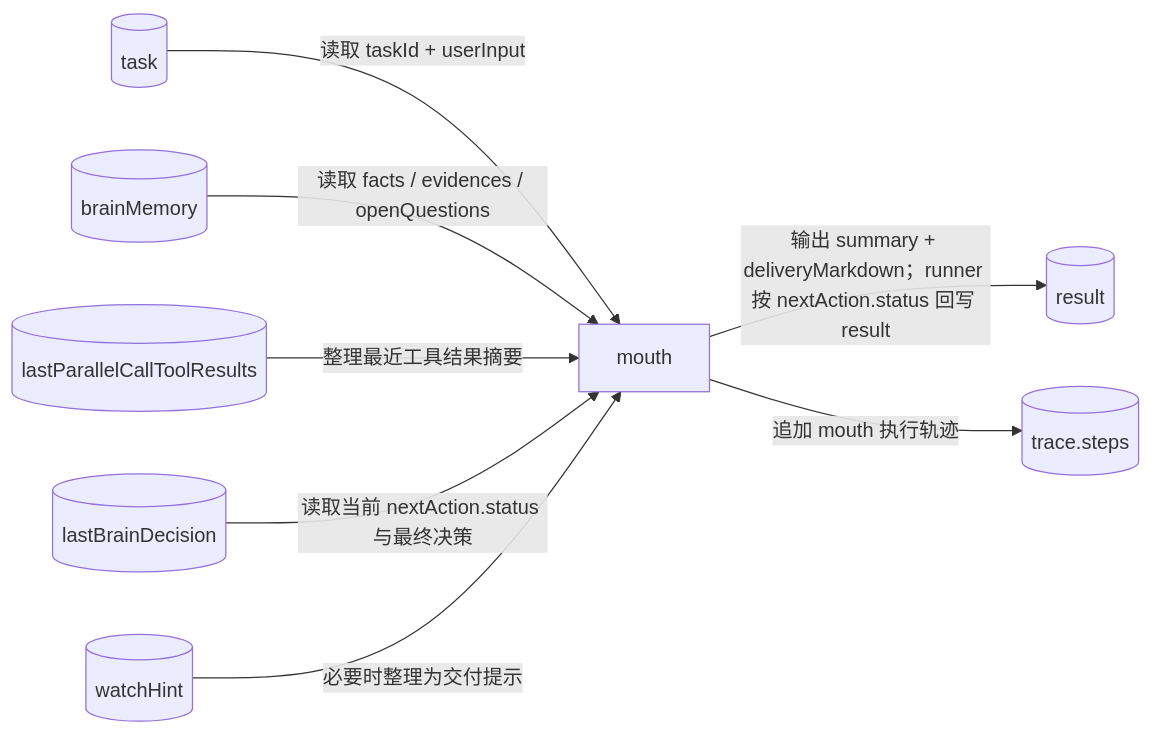
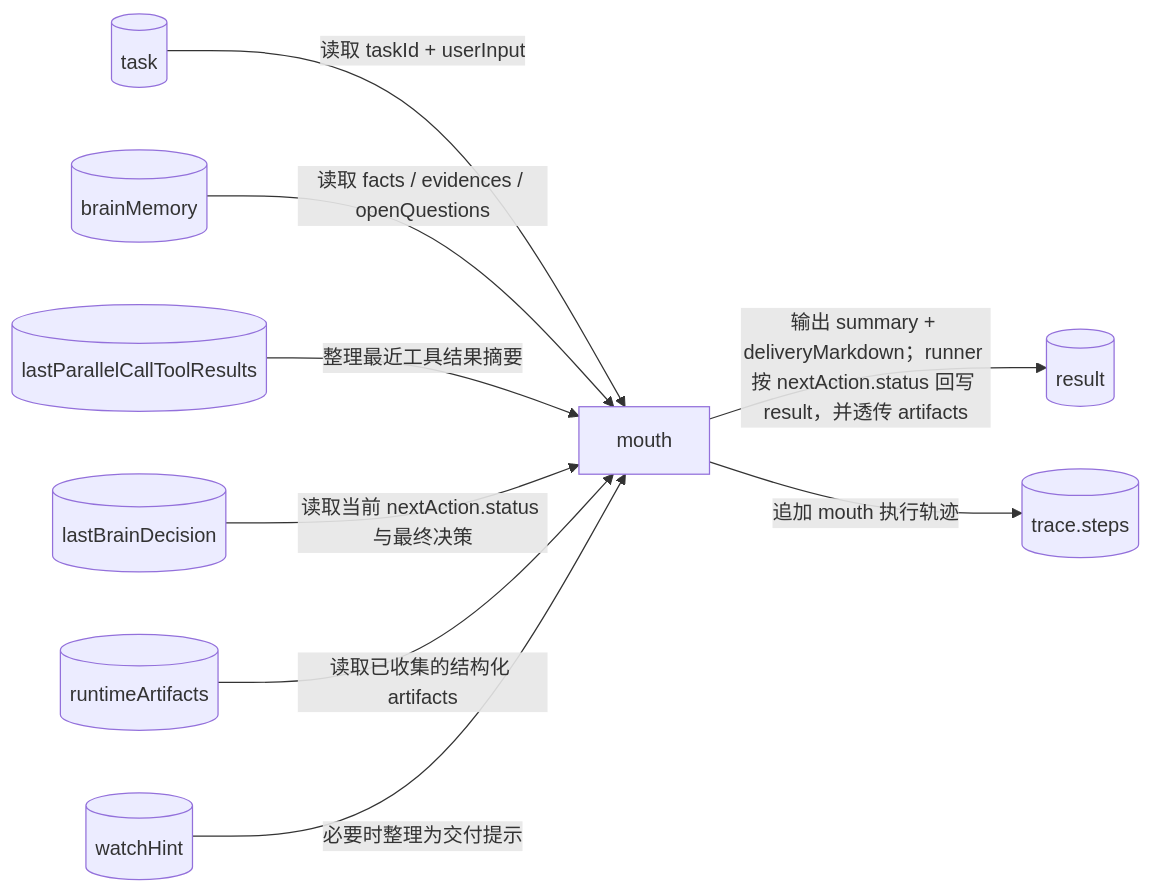
The sixth of 6 diagrams in doc/ai-design/data-definition-and-flow.md (Yoan98/Ncurator), drawn with Mermaid before and after one commit. The commit also changed other lines of this file and 31 other files, not shown here.

````diff
--- a/doc/ai-design/data-definition-and-flow.md
+++ b/doc/ai-design/data-definition-and-flow.md
@@ -451,19 +485,21 @@
 ```mermaid
 flowchart LR
     T[("task")]
     BM[("brainMemory")]
     LTR[("lastParallelCallToolResults")]
     LBD[("lastBrainDecision")]
+    A[("runtimeArtifacts")]
     WH[("watchHint")]
     M["mouth"]
     R[("result")]
     TR[("trace.steps")]
 
     T -->|读取 taskId + userInput| M
     BM -->|读取 facts / evidences / openQuestions| M
     LTR -->|整理最近工具结果摘要| M
     LBD -->|读取当前 nextAction.status 与最终决策| M
+    A -->|读取已收集的结构化 artifacts| M
     WH -->|必要时整理为交付提示| M
-    M -->|输出 summary + deliveryMarkdown；runner 按 nextAction.status 回写 result| R
+    M -->|输出 summary + deliveryMarkdown；runner 按 nextAction.status 回写 result，并透传 artifacts| R
     M -->|追加 mouth 执行轨迹| TR
 ```
````
